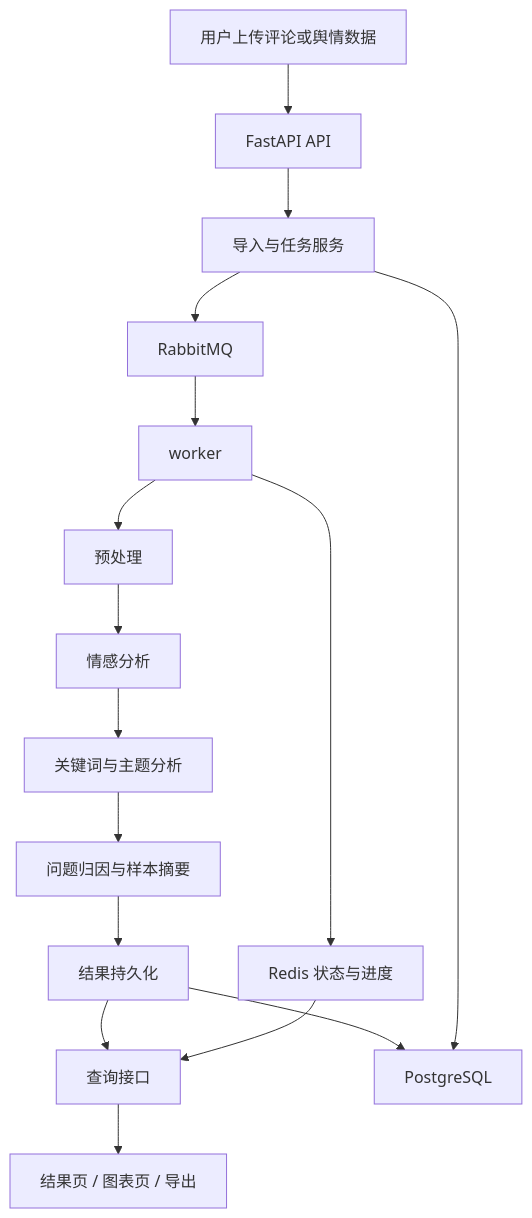
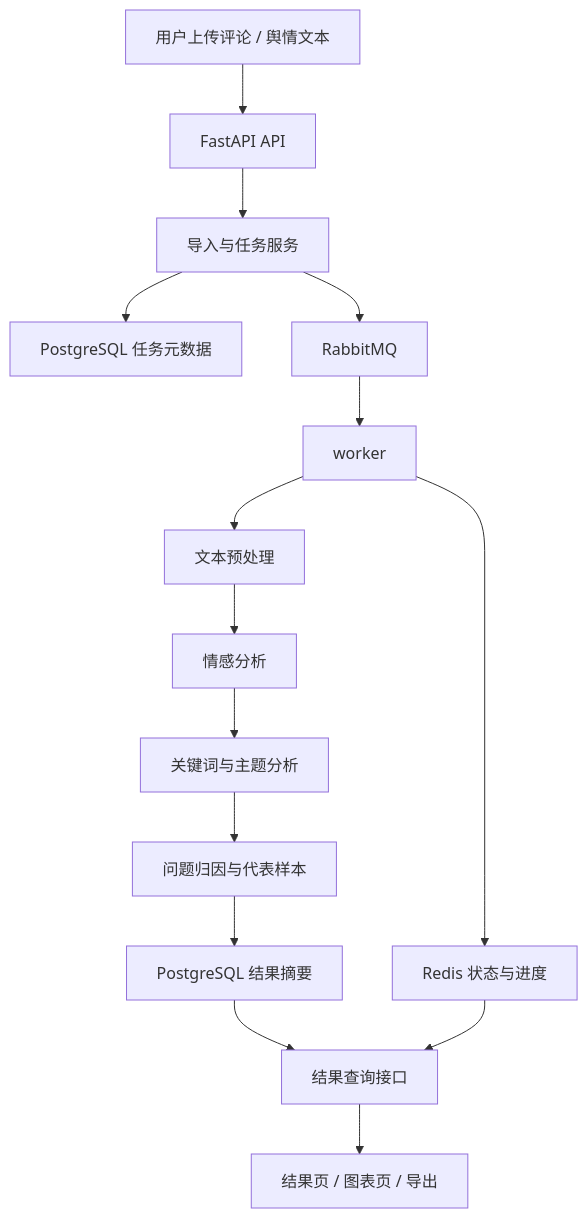
Diagram 17 of 18 in steps/day1-day15-summary.md (juemimgcd/sentiFlow), drawn with Mermaid before and after one commit. The commit also changed other lines of this file and 2 other files, not shown here.

````diff
--- a/steps/day1-day15-summary.md
+++ b/steps/day1-day15-summary.md
@@ -513,20 +548,17 @@
 ```mermaid
 flowchart TD
-    A[用户上传评论或舆情数据] --> B[FastAPI API]
+    A[用户上传评论 / 舆情文本] --> B[FastAPI API]
     B --> C[导入与任务服务]
-    C --> D[RabbitMQ]
-    D --> E[worker]
-    E --> F[预处理]
-    F --> G[情感分析]
-    G --> H[关键词与主题分析]
-    H --> I[问题归因与样本摘要]
-    I --> J[结果持久化]
-    J --> K[查询接口]
-    K --> L[结果页 / 图表页 / 导出]
-
-    E --> M[Redis 状态与进度]
-    M --> K
-
-    J --> N[PostgreSQL]
-    C --> N
+    C --> D[PostgreSQL 任务元数据]
+    C --> E[RabbitMQ]
+    E --> F[worker]
+    F --> G[文本预处理]
+    G --> H[情感分析]
+    H --> I[关键词与主题分析]
+    I --> J[问题归因与代表样本]
+    J --> K[PostgreSQL 结果摘要]
+    F --> L[Redis 状态与进度]
+    K --> M[结果查询接口]
+    L --> M
+    M --> N[结果页 / 图表页 / 导出]
 ```
````
